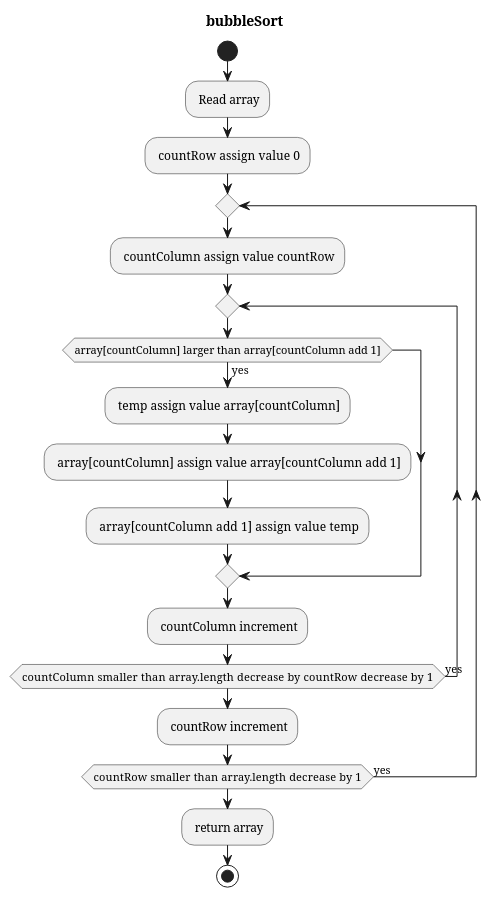
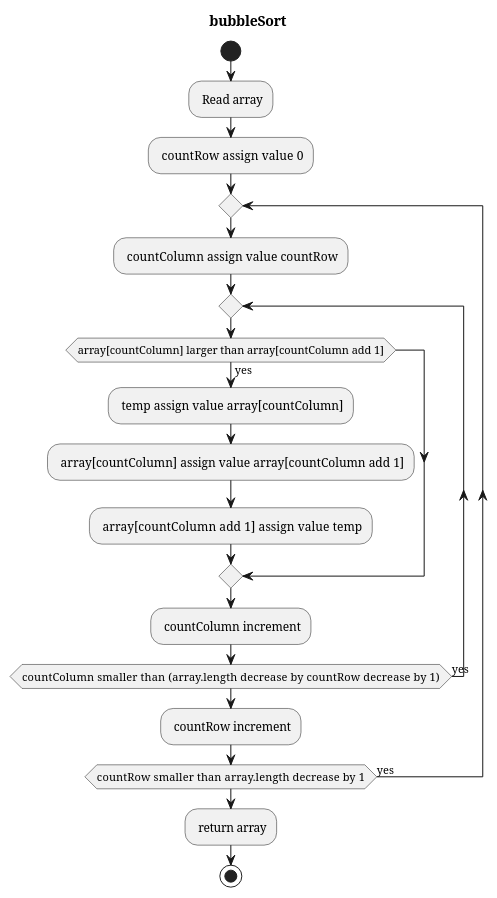
The diagram in diagram/5.wsd (codingPhuc/B-i-t-p-nh-p-m-n-l-p-tr-nh), drawn with PlantUML before and after one commit. The commit also changed 72 other files, not shown here.

```diff
--- a/diagram/5.wsd
+++ b/diagram/5.wsd
@@ -1,20 +1,20 @@
 @startuml
 title bubbleSort
 start
 : Read array;
 : countRow assign value  0;
 repeat
   : countColumn assign value  countRow;
   repeat
     if (array[countColumn] larger than array[countColumn add  1]) then (yes)
       : temp assign value  array[countColumn];
       : array[countColumn] assign value  array[countColumn add  1];
       : array[countColumn add  1] assign value  temp;
     endif
     : countColumn increment;
-  repeat while (countColumn smaller than  array.length  decrease by  countRow  decrease by  1) is (yes)
+  repeat while (countColumn smaller than  (array.length  decrease by  countRow  decrease by  1)) is (yes)
   : countRow increment;
 repeat while (countRow smaller than  array.length  decrease by  1) is (yes)
 : return array;
 stop
 @enduml
```
